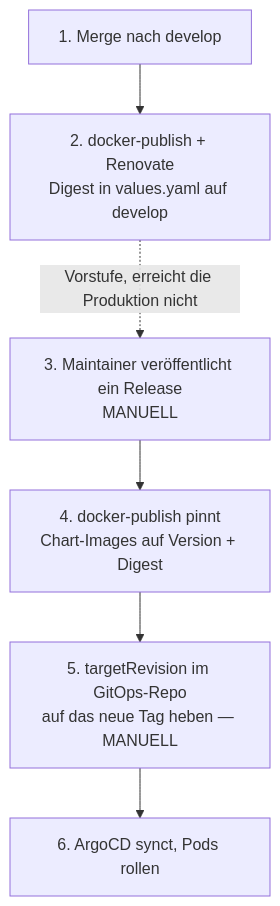
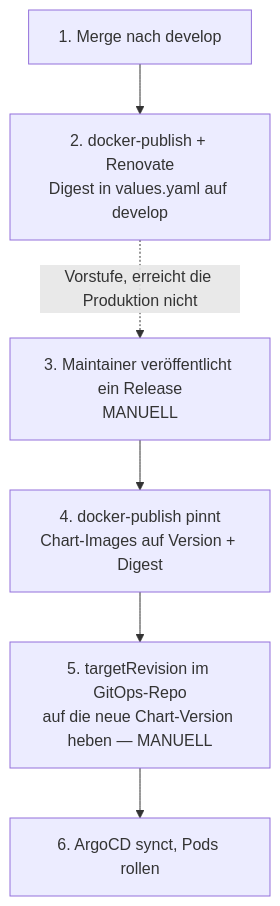
Before and after one commit to nolte/kamerplanter: the second of 2 diagrams in docs/de/deployment/ci-cd.md, drawn with Mermaid. The commit also changed other lines of this file and 1 other file, not shown here.

First line of the commit message:
docs(ci-cd): follow the production overlay onto the OCI chart

````diff
--- a/docs/de/deployment/ci-cd.md
+++ b/docs/de/deployment/ci-cd.md
@@ -513,8 +513,8 @@
 ```mermaid
 graph TD
     A[1. Merge nach develop] --> B[2. docker-publish + Renovate<br/>Digest in values.yaml auf develop]
     B -.Vorstufe, erreicht die Produktion nicht.-> C
     C[3. Maintainer veröffentlicht ein Release<br/>MANUELL] --> D[4. docker-publish pinnt<br/>Chart-Images auf Version + Digest]
-    D --> E[5. targetRevision im GitOps-Repo<br/>auf das neue Tag heben — MANUELL]
+    D --> E[5. targetRevision im GitOps-Repo<br/>auf die neue Chart-Version heben — MANUELL]
     E --> F[6. ArgoCD synct, Pods rollen]
 ```
````
